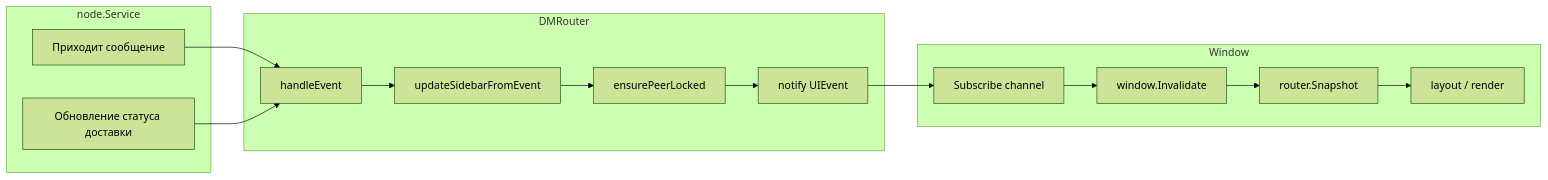
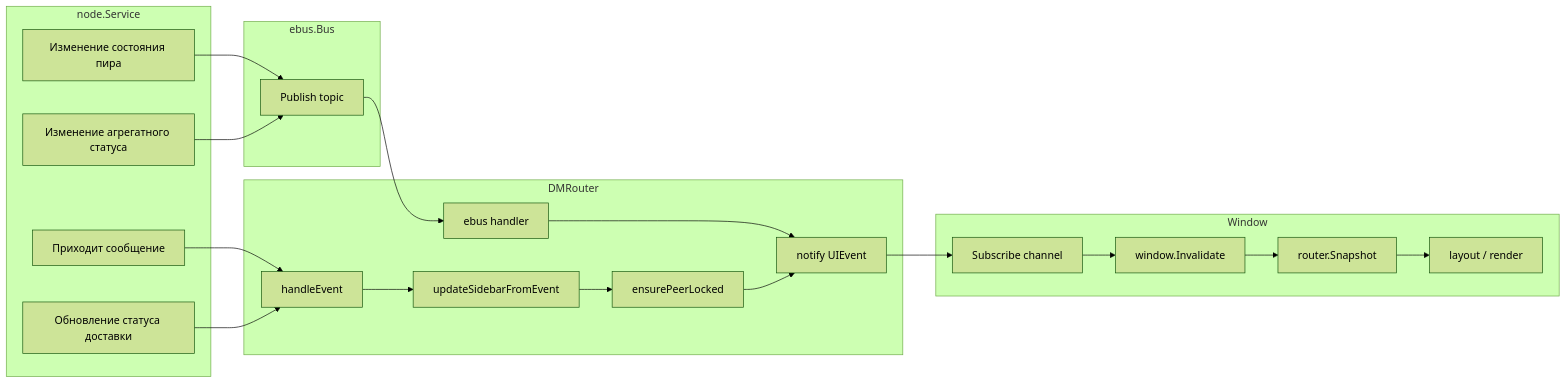
One commit to piratecash/corsa changed the eighth of 10 diagrams in docs/ui.md. Above: the diagram before and after it, drawn with Mermaid (forest theme). The commit also changed other lines of this file and 75 other files, not shown here.

First line of the commit message:
refactor(ebus): introduce async topic bus and move node state propagation onto ebus

````diff
--- a/docs/ui.md
+++ b/docs/ui.md
@@ -455,31 +489,42 @@
 ```mermaid
 flowchart LR
     subgraph Node["node.Service"]
         MSG[Приходит сообщение]
         RCV[Обновление статуса доставки]
+        PEER[Изменение состояния пира]
+        AGG[Изменение агрегатного статуса]
+    end
+
+    subgraph eBus["ebus.Bus"]
+        PUB[Publish topic]
     end
 
     subgraph Router["DMRouter"]
         EVT[handleEvent]
+        EBUS_H[ebus handler]
         SIDE[updateSidebarFromEvent]
         ENSURE[ensurePeerLocked]
         NOTIFY[notify UIEvent]
     end
 
     subgraph Window["Window"]
         SUB[Subscribe channel]
         INV[window.Invalidate]
         SNAP[router.Snapshot]
         LAYOUT[layout / render]
     end
 
     MSG --> EVT
     RCV --> EVT
+    PEER --> PUB
+    AGG --> PUB
+    PUB --> EBUS_H
+    EBUS_H --> NOTIFY
     EVT --> SIDE
     SIDE --> ENSURE
     ENSURE --> NOTIFY
     NOTIFY --> SUB
     SUB --> INV
     INV --> SNAP
     SNAP --> LAYOUT
 ```
````
